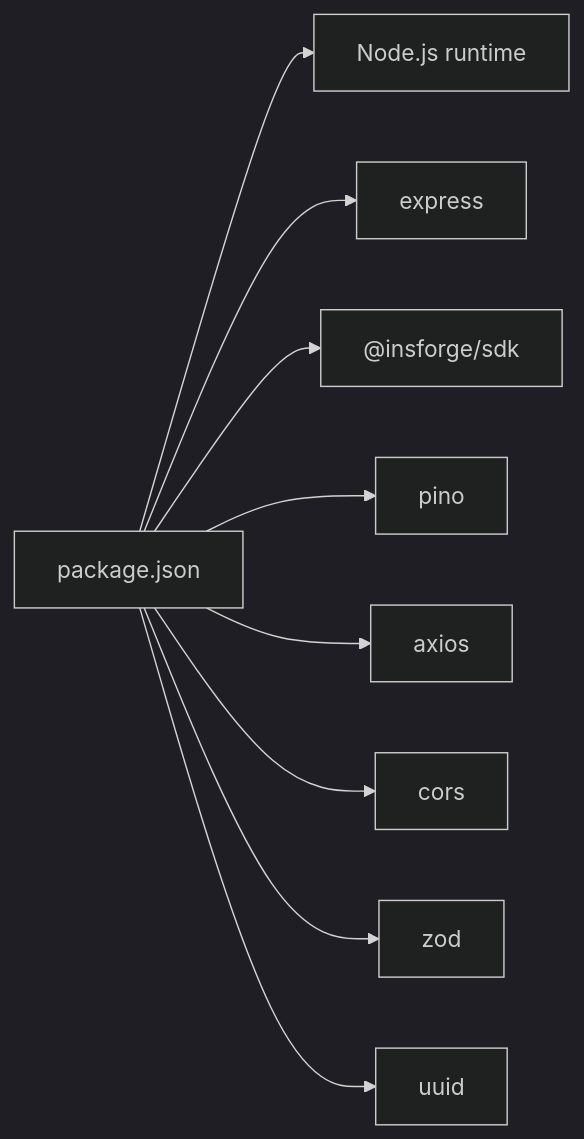
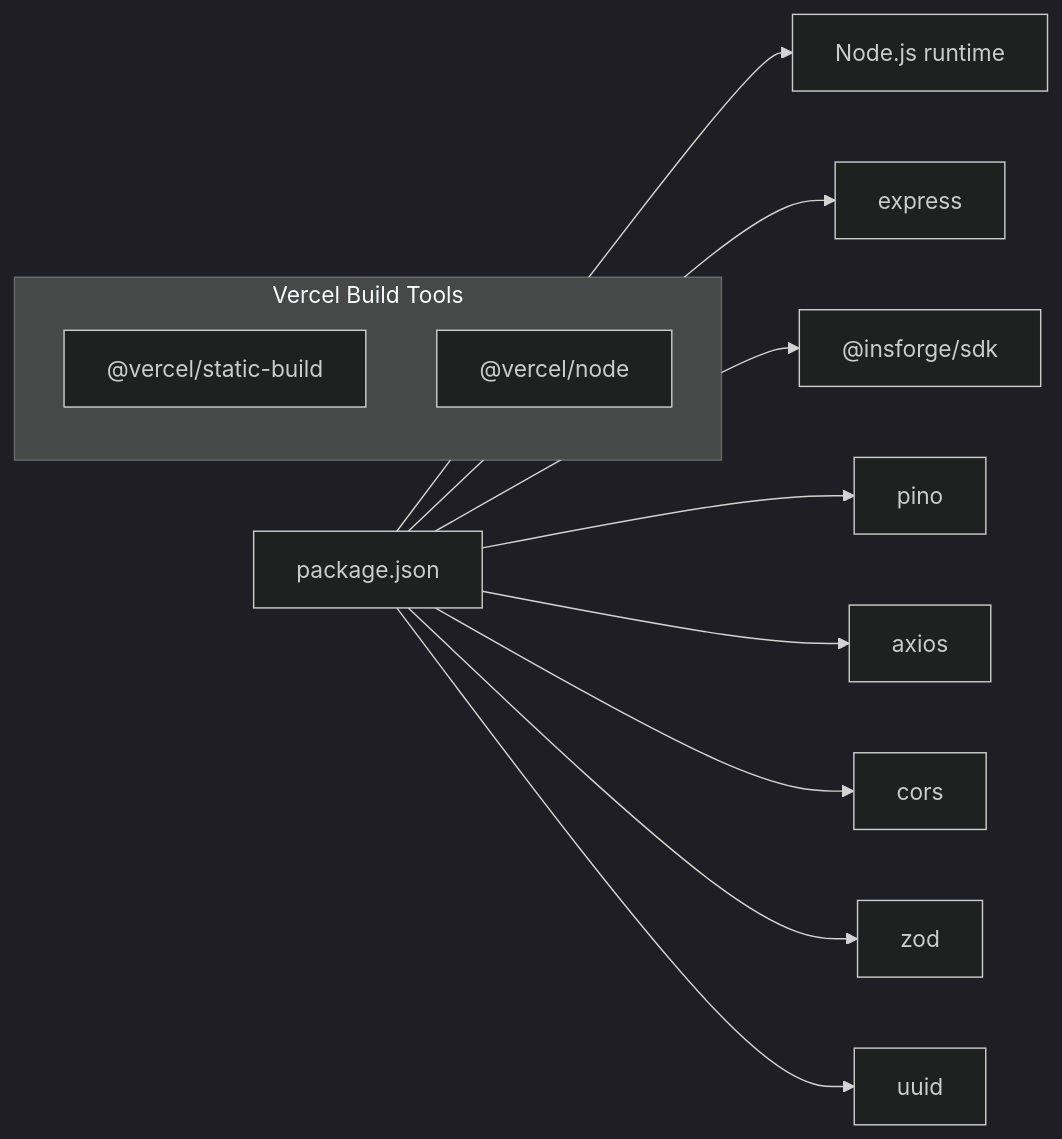
One commit to vishnusaibhosekar/ares changed the sixth of 6 diagrams in .qoder/repowiki/en/content/Deployment & Operations.md. Above: the diagram before and after it, drawn with Mermaid (dark theme). The commit also changed other lines of this file and 6 other files, not shown here.

````diff
--- a/.qoder/repowiki/en/content/Deployment & Operations.md
+++ b/.qoder/repowiki/en/content/Deployment & Operations.md
@@ -277,11 +297,15 @@
 ```mermaid
 graph LR
 P["package.json"] --> NPM["Node.js runtime"]
 P --> EXP["express"]
 P --> INS["@insforge/sdk"]
 P --> PINO["pino"]
 P --> AX["axios"]
 P --> CORS["cors"]
 P --> ZOD["zod"]
 P --> UU["uuid"]
+subgraph "Vercel Build Tools"
+V1["@vercel/static-build"]
+V2["@vercel/node"]
+end
 ```
````
